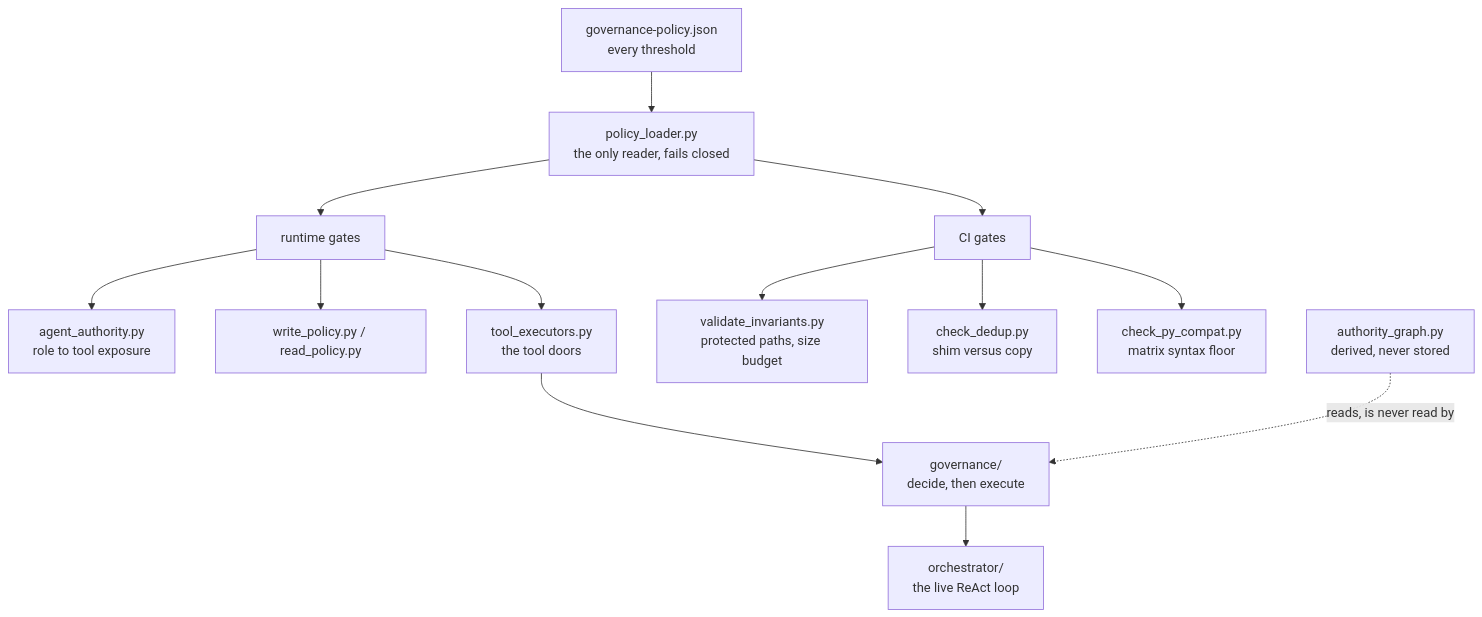
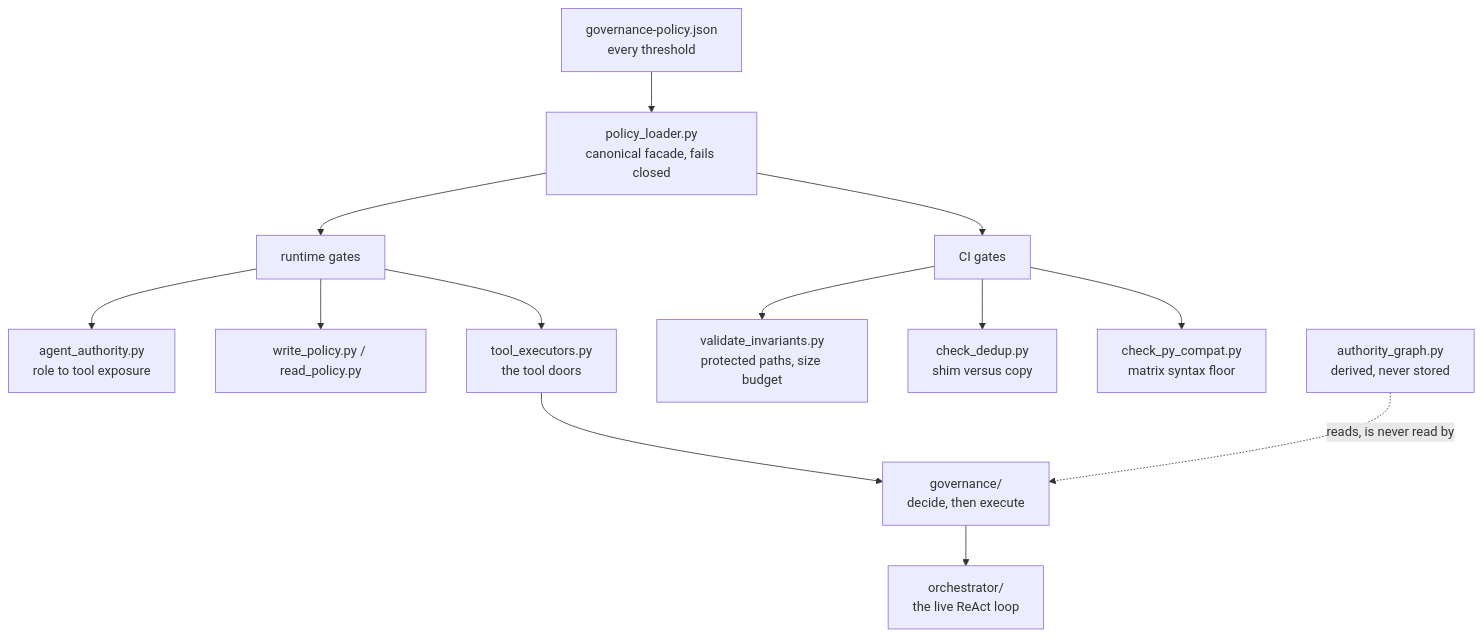
The diagram in harness/shared/AGENTS.md (ianshank/Mango_Code_Agent-Harness), drawn with Mermaid before and after one commit. The commit also changed other lines of this file and 5 other files, not shown here.

````diff
--- a/harness/shared/AGENTS.md
+++ b/harness/shared/AGENTS.md
@@ -19,15 +19,15 @@
 ```mermaid
 flowchart TD
-  Policy["governance-policy.json<br/>every threshold"] --> Loader["policy_loader.py<br/>the only reader, fails closed"]
+  Policy["governance-policy.json<br/>every threshold"] --> Loader["policy_loader.py<br/>canonical facade, fails closed"]
   Loader --> Runtime["runtime gates"]
   Loader --> CIGates["CI gates"]
   Runtime --> Auth["agent_authority.py<br/>role to tool exposure"]
   Runtime --> WriteP["write_policy.py / read_policy.py"]
   Runtime --> Exec["tool_executors.py<br/>the tool doors"]
   Exec --> Gov["governance/<br/>decide, then execute"]
   Gov --> Orch["orchestrator/<br/>the live ReAct loop"]
   CIGates --> Inv["validate_invariants.py<br/>protected paths, size budget"]
   CIGates --> Dedup["check_dedup.py<br/>shim versus copy"]
   CIGates --> Compat["check_py_compat.py<br/>matrix syntax floor"]
   Derived["authority_graph.py<br/>derived, never stored"] -.->|"reads, is never read by"| Gov
 ```
````
